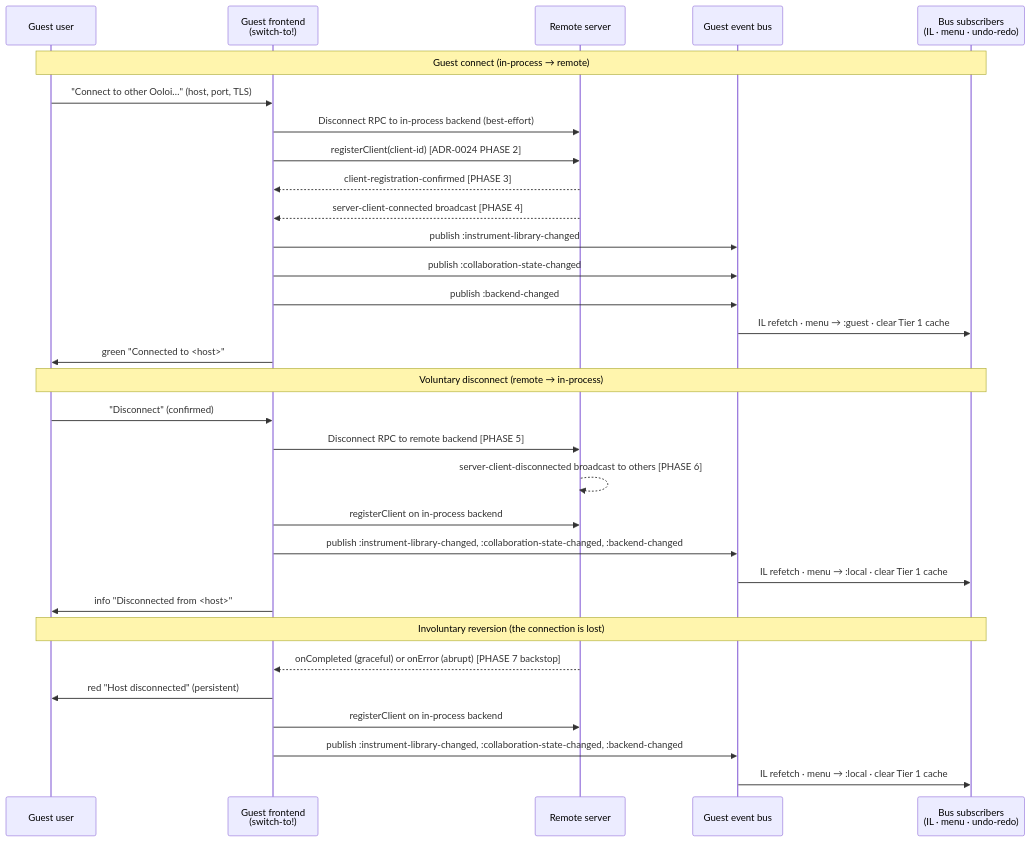
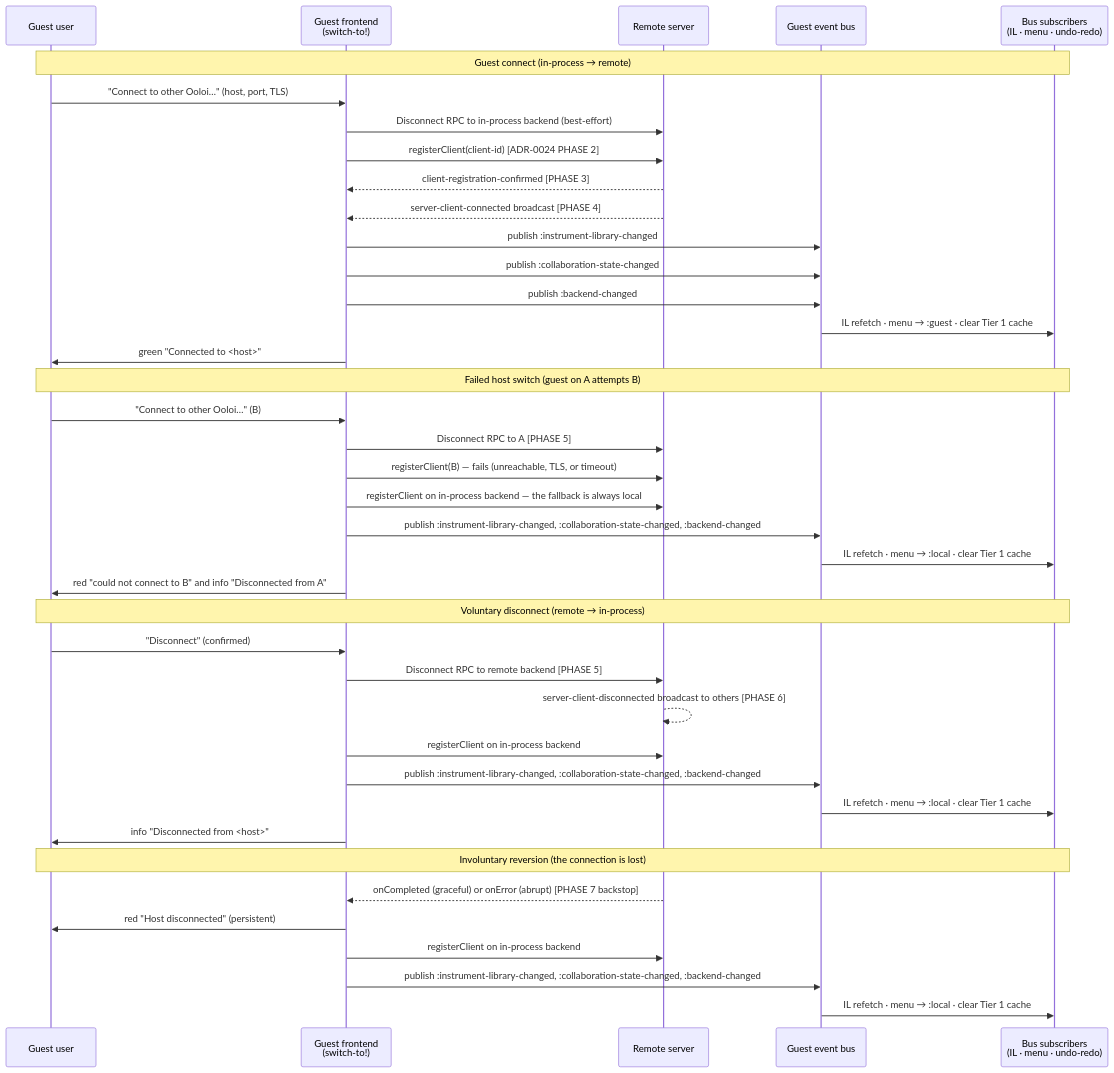
One commit to PeterBengtson/Ooloi-docs changed the third of 3 diagrams in ADRs/0036-Collaborative-Sessions-and-Hybrid-Transport.md. Above: the diagram before and after it, drawn with Mermaid. The commit also changed other lines of this file and 49 other files, not shown here.

````diff
--- a/ADRs/0036-Collaborative-Sessions-and-Hybrid-Transport.md
+++ b/ADRs/0036-Collaborative-Sessions-and-Hybrid-Transport.md
@@ -320,36 +346,45 @@
 ```mermaid
 sequenceDiagram
     participant U as Guest user
     participant FE as Guest frontend<br/>(switch-to!)
     participant SRV as Remote server
     participant BUS as Guest event bus
     participant SUB as Bus subscribers<br/>(IL · menu · undo-redo)
 
     Note over U,SUB: Guest connect (in-process → remote)
     U->>FE: "Connect to other Ooloi…" (host, port, TLS)
     FE->>SRV: Disconnect RPC to in-process backend (best-effort)
     FE->>SRV: registerClient(client-id)  [ADR-0024 PHASE 2]
     SRV-->>FE: client-registration-confirmed  [PHASE 3]
     SRV-->>FE: server-client-connected broadcast  [PHASE 4]
     FE->>BUS: publish :instrument-library-changed
     FE->>BUS: publish :collaboration-state-changed
     FE->>BUS: publish :backend-changed
     BUS->>SUB: IL refetch · menu → :guest · clear Tier 1 cache
     FE->>U: green "Connected to <host>"
 
+    Note over U,SUB: Failed host switch (guest on A attempts B)
+    U->>FE: "Connect to other Ooloi…" (B)
+    FE->>SRV: Disconnect RPC to A  [PHASE 5]
+    FE->>SRV: registerClient(B) — fails (unreachable, TLS, or timeout)
+    FE->>SRV: registerClient on in-process backend — the fallback is always local
+    FE->>BUS: publish :instrument-library-changed, :collaboration-state-changed, :backend-changed
+    BUS->>SUB: IL refetch · menu → :local · clear Tier 1 cache
+    FE->>U: red "could not connect to B" and info "Disconnected from A"
+
     Note over U,SUB: Voluntary disconnect (remote → in-process)
     U->>FE: "Disconnect" (confirmed)
     FE->>SRV: Disconnect RPC to remote backend  [PHASE 5]
     SRV-->>SRV: server-client-disconnected broadcast to others  [PHASE 6]
     FE->>SRV: registerClient on in-process backend
     FE->>BUS: publish :instrument-library-changed, :collaboration-state-changed, :backend-changed
     BUS->>SUB: IL refetch · menu → :local · clear Tier 1 cache
     FE->>U: info "Disconnected from <host>"
 
     Note over U,SUB: Involuntary reversion (the connection is lost)
     SRV-->>FE: onCompleted (graceful) or onError (abrupt)  [PHASE 7 backstop]
     FE->>U: red "Host disconnected" (persistent)
     FE->>SRV: registerClient on in-process backend
     FE->>BUS: publish :instrument-library-changed, :collaboration-state-changed, :backend-changed
     BUS->>SUB: IL refetch · menu → :local · clear Tier 1 cache
 ```
````
